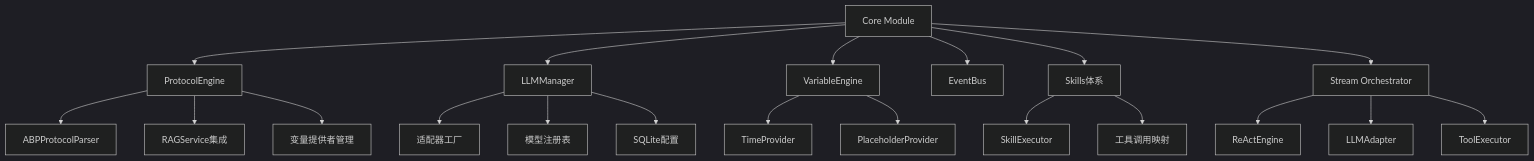
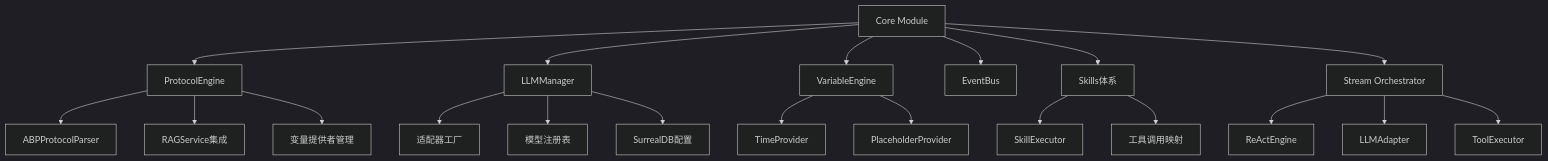
The diagram in src/core/CLAUDE.md (suntianc/apex-bridge), drawn with Mermaid (dark theme) before and after one commit. The commit also changed other lines of this file and 77 other files, not shown here.

````diff
--- a/src/core/CLAUDE.md
+++ b/src/core/CLAUDE.md
@@ -11,27 +11,27 @@
 ```mermaid
 graph TD
     A["Core Module"] --> B["ProtocolEngine"];
     A --> C["LLMManager"];
     A --> D["VariableEngine"];
     A --> E["EventBus"];
     A --> F["Skills体系"];
     A --> G["Stream Orchestrator"];
 
     B --> B1["ABPProtocolParser"];
     B --> B2["RAGService集成"];
     B --> B3["变量提供者管理"];
 
     C --> C1["适配器工厂"];
     C --> C2["模型注册表"];
-    C --> C3["SQLite配置"];
+C --> C3["SurrealDB配置"];
 
     D --> D1["TimeProvider"];
     D --> D2["PlaceholderProvider"];
 
     F --> F1["SkillExecutor"];
     F --> F2["工具调用映射"];
 
     G --> G1["ReActEngine"];
     G --> G2["LLMAdapter"];
     G --> G3["ToolExecutor"];
 ```
````
